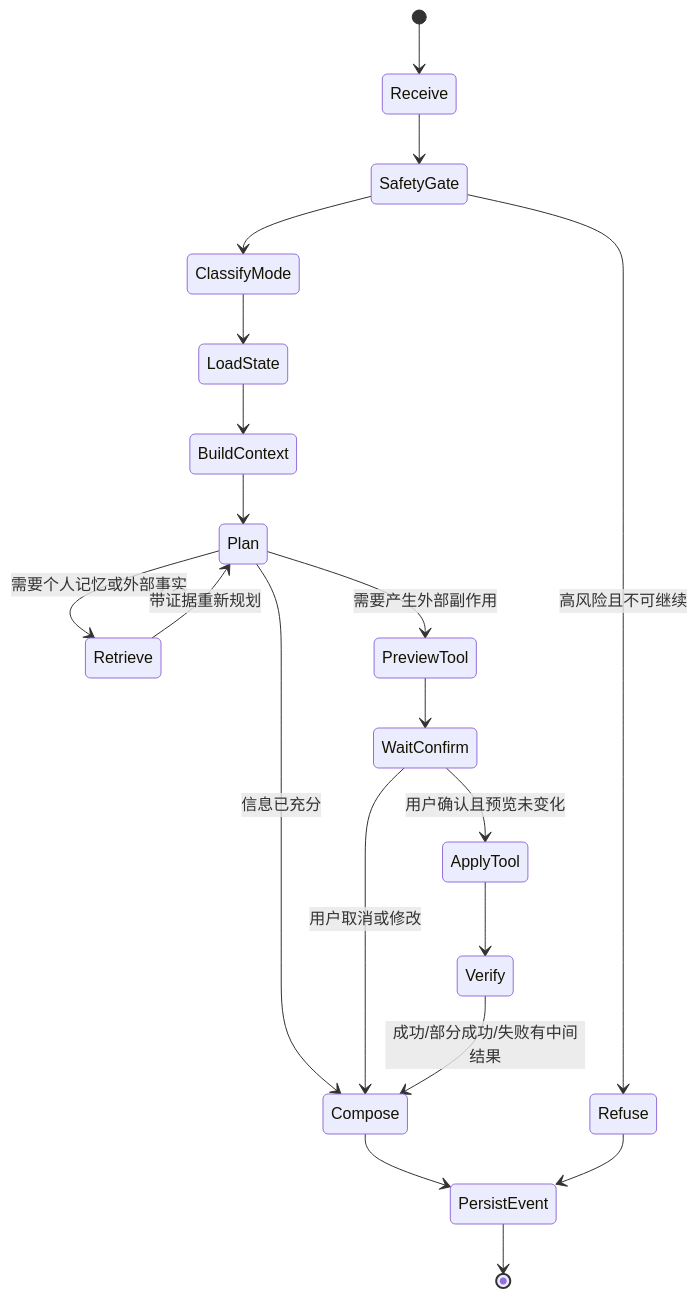
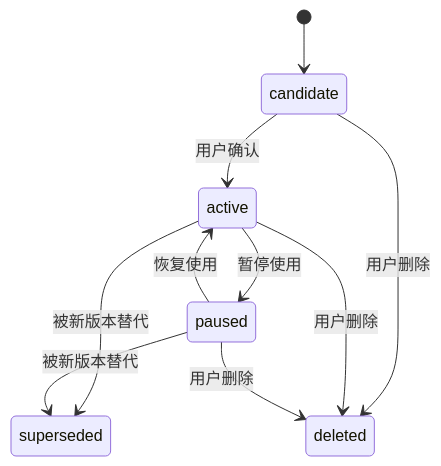
Before and after one commit to LL0106-M/CareerPilot-: the third of 3 diagrams in PRD/CareerPilot-Memory-RAG-Technical-Design.md, drawn with Mermaid. The commit also changed other lines of this file and 3 other files, not shown here.

Commit message:
docs: refresh architecture and local deployment

````diff
--- a/PRD/CareerPilot-Memory-RAG-Technical-Design.md
+++ b/PRD/CareerPilot-Memory-RAG-Technical-Design.md
@@ -211,22 +253,12 @@
 ```mermaid
 stateDiagram-v2
-    [*] --> Receive
-    Receive --> SafetyGate
-    SafetyGate --> ClassifyMode
-    SafetyGate --> Refuse: 高风险且不可继续
-    ClassifyMode --> LoadState
-    LoadState --> BuildContext
-    BuildContext --> Plan
-    Plan --> Compose: 信息已充分
-    Plan --> Retrieve: 需要个人记忆或外部事实
-    Retrieve --> Plan: 带证据重新规划
-    Plan --> PreviewTool: 需要产生外部副作用
-    PreviewTool --> WaitConfirm
-    WaitConfirm --> ApplyTool: 用户确认且预览未变化
-    WaitConfirm --> Compose: 用户取消或修改
-    ApplyTool --> Verify
-    Verify --> Compose: 成功/部分成功/失败有中间结果
-    Compose --> PersistEvent
-    PersistEvent --> [*]
-    Refuse --> PersistEvent
+    [*] --> candidate
+    candidate --> active: 用户确认
+    candidate --> deleted: 用户删除
+    active --> paused: 暂停使用
+    paused --> active: 恢复使用
+    active --> superseded: 被新版本替代
+    paused --> superseded: 被新版本替代
+    active --> deleted: 用户删除
+    paused --> deleted: 用户删除
 ```
````
